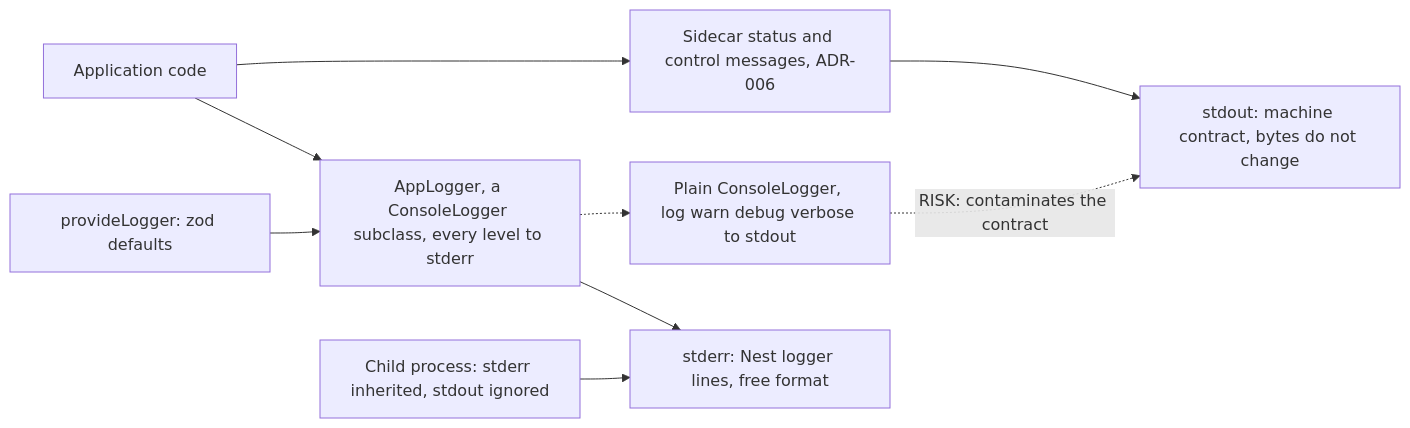
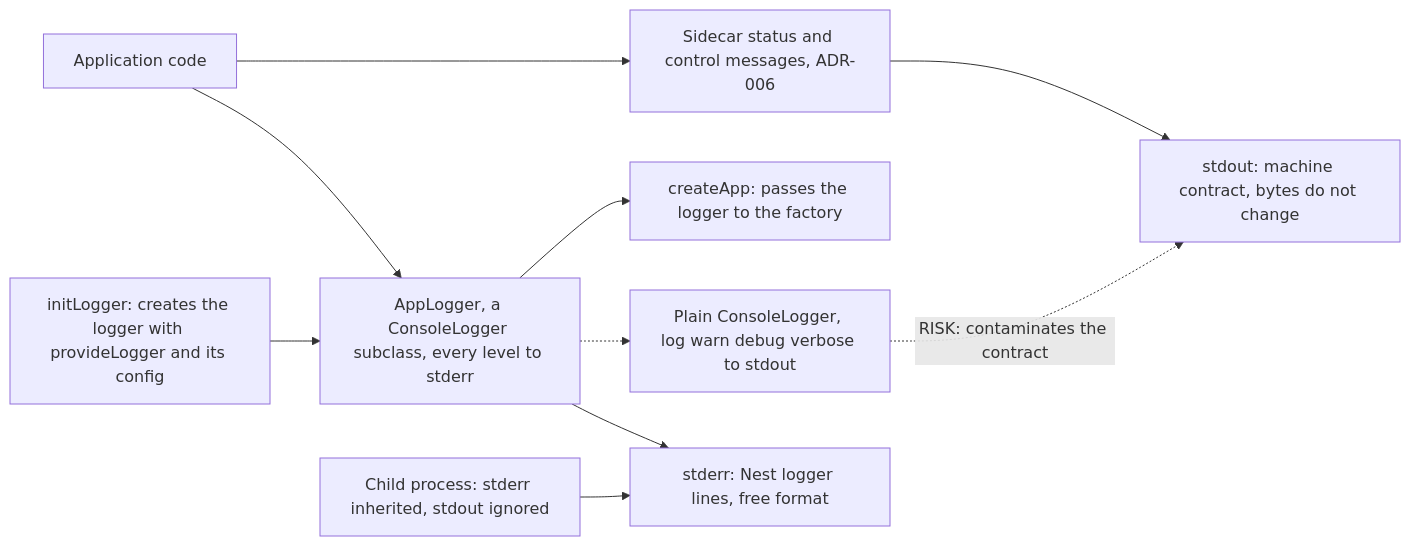
The fourth of 4 diagrams in docs/architecture/nest-standalone-boot.md (virgenherrera/lan-solution-template), drawn with Mermaid before and after one commit. The commit also changed other lines of this file and 2 other files, not shown here.

Commit message:
docs: describe the logger passed to the app factory
Align ADR-013, the boot doc and the epic with the logger created from
its config and passed to the factory.

- ADR-013 records the logger passed to the factory or used as instance.
- nest-standalone-boot.md describes the new boot flow.
- The epic backlog reflects the result.

````diff
--- a/docs/architecture/nest-standalone-boot.md
+++ b/docs/architecture/nest-standalone-boot.md
@@ -174,19 +174,21 @@
 ```mermaid
 flowchart LR
     Code["Application code"]
     Contract["Sidecar status and control messages, ADR-006"]
-    Factory["provideLogger: zod defaults"]
+    Factory["initLogger: creates the logger with provideLogger and its config"]
+    Create["createApp: passes the logger to the factory"]
     Logger["AppLogger, a ConsoleLogger subclass, every level to stderr"]
     Risk["Plain ConsoleLogger, log warn debug verbose to stdout"]
     Child["Child process: stderr inherited, stdout ignored"]
     Out["stdout: machine contract, bytes do not change"]
     Err["stderr: Nest logger lines, free format"]
     Code --> Contract
     Code --> Logger
     Factory --> Logger
+    Logger --> Create
     Contract --> Out
     Logger --> Err
     Child --> Err
     Logger -.-> Risk
     Risk -.->|"RISK: contaminates the contract"| Out
 ```
````
